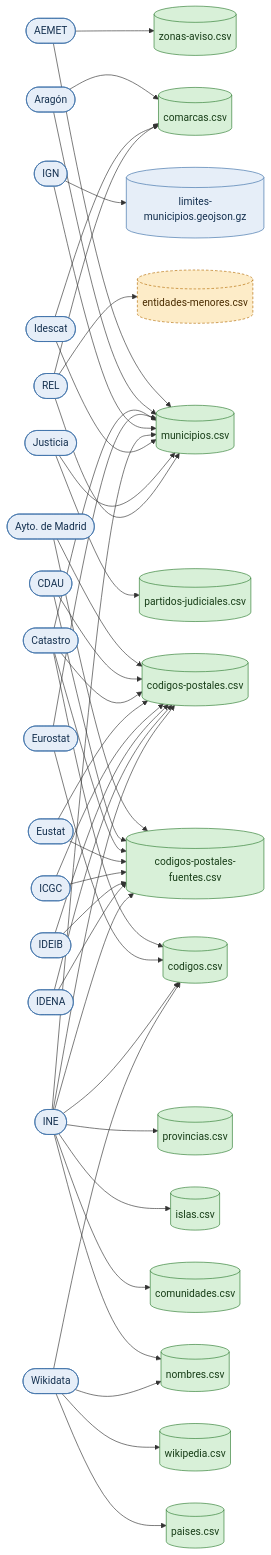
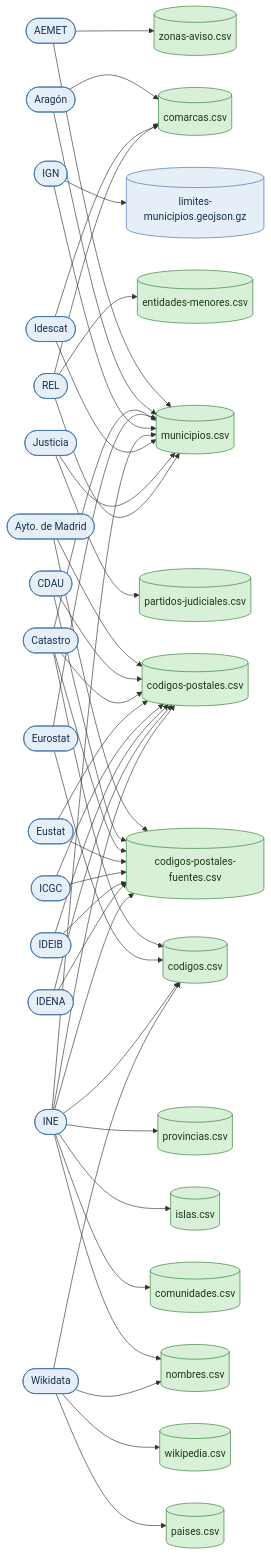
Before and after one commit to alertapublica/territorios-es: the fifth of 6 diagrams in docs/estado.md, drawn with Mermaid. The commit also changed other lines of this file and 7 other files, not shown here.

````diff
--- a/docs/estado.md
+++ b/docs/estado.md
@@ -227,81 +227,81 @@
 ```mermaid
 flowchart LR
   accTitle: Fuentes
   o_AEMET(["AEMET"]):::box
   o_Aragón(["Aragón"]):::box
   o_Ayto__de_Madrid(["Ayto. de Madrid"]):::box
   o_CDAU(["CDAU"]):::box
   o_Catastro(["Catastro"]):::box
   o_Eurostat(["Eurostat"]):::box
   o_Eustat(["Eustat"]):::box
   o_ICGC(["ICGC"]):::box
   o_IDEIB(["IDEIB"]):::box
   o_IDENA(["IDENA"]):::box
   o_IGN(["IGN"]):::box
   o_INE(["INE"]):::box
   o_Idescat(["Idescat"]):::box
   o_Justicia(["Justicia"]):::box
   o_REL(["REL"]):::box
   o_Wikidata(["Wikidata"]):::box
   f_codigos_postales_fuentes_csv[("codigos-postales-fuentes.csv")]:::done
   f_codigos_postales_csv[("codigos-postales.csv")]:::done
   f_codigos_csv[("codigos.csv")]:::done
   f_comarcas_csv[("comarcas.csv")]:::done
   f_comunidades_csv[("comunidades.csv")]:::done
-  f_entidades_menores_csv[("entidades-menores.csv")]:::todo
+  f_entidades_menores_csv[("entidades-menores.csv")]:::done
   f_islas_csv[("islas.csv")]:::done
   f_limites_municipios_geojson_gz[("limites-municipios.geojson.gz")]:::box
   f_municipios_csv[("municipios.csv")]:::done
   f_nombres_csv[("nombres.csv")]:::done
   f_paises_csv[("paises.csv")]:::done
   f_partidos_judiciales_csv[("partidos-judiciales.csv")]:::done
   f_provincias_csv[("provincias.csv")]:::done
   f_wikipedia_csv[("wikipedia.csv")]:::done
   f_zonas_aviso_csv[("zonas-aviso.csv")]:::done
   o_AEMET --> f_municipios_csv
   o_AEMET --> f_zonas_aviso_csv
   o_Aragón --> f_comarcas_csv
   o_Aragón --> f_municipios_csv
   o_Ayto__de_Madrid --> f_codigos_postales_fuentes_csv
   o_Ayto__de_Madrid --> f_codigos_postales_csv
   o_CDAU --> f_codigos_postales_fuentes_csv
   o_CDAU --> f_codigos_postales_csv
   o_Catastro --> f_codigos_postales_fuentes_csv
   o_Catastro --> f_codigos_postales_csv
   o_Catastro --> f_codigos_csv
   o_Catastro --> f_municipios_csv
   o_Eurostat --> f_codigos_csv
   o_Eurostat --> f_municipios_csv
   o_Eustat --> f_codigos_postales_fuentes_csv
   o_Eustat --> f_codigos_postales_csv
   o_ICGC --> f_codigos_postales_fuentes_csv
   o_ICGC --> f_codigos_postales_csv
   o_IDEIB --> f_codigos_postales_fuentes_csv
   o_IDEIB --> f_codigos_postales_csv
   o_IDENA --> f_codigos_postales_fuentes_csv
   o_IDENA --> f_codigos_postales_csv
   o_IGN --> f_limites_municipios_geojson_gz
   o_IGN --> f_municipios_csv
   o_INE --> f_codigos_postales_fuentes_csv
   o_INE --> f_codigos_postales_csv
   o_INE --> f_codigos_csv
   o_INE --> f_comunidades_csv
   o_INE --> f_islas_csv
   o_INE --> f_municipios_csv
   o_INE --> f_nombres_csv
   o_INE --> f_provincias_csv
   o_Idescat --> f_comarcas_csv
   o_Idescat --> f_municipios_csv
   o_Justicia --> f_municipios_csv
   o_Justicia --> f_partidos_judiciales_csv
   o_REL --> f_comarcas_csv
   o_REL --> f_entidades_menores_csv
   o_REL --> f_municipios_csv
   o_Wikidata --> f_codigos_csv
   o_Wikidata --> f_nombres_csv
   o_Wikidata --> f_paises_csv
   o_Wikidata --> f_wikipedia_csv
   classDef done fill:#d8f0d8,stroke:#2e7d32,color:#173d17
   classDef todo fill:#fdecc8,stroke:#b26a00,color:#4a2c00,stroke-dasharray:4 3
   classDef box fill:#e6eef8,stroke:#3b6ea8,color:#14304f
 ```
````
